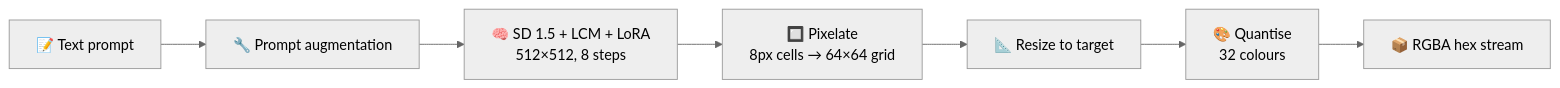
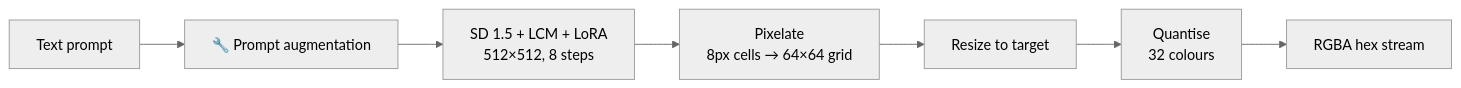
One commit to Azjob21/spritestack-pixelgen changed the diagram in README.md. Above: the diagram before and after it, drawn with Mermaid (neutral theme). The commit also changed other lines of this file, not shown here.

````diff
--- a/README.md
+++ b/README.md
@@ -66,9 +66,9 @@
 ```mermaid
 flowchart LR
-  P["📝 Text prompt"] --> A["🔧 Prompt augmentation"]
-  A --> D["🧠 SD 1.5 + LCM + LoRA<br/>512×512, 8 steps"]
-  D --> X["🔲 Pixelate<br/>8px cells → 64×64 grid"]
-  X --> R["📐 Resize to target"]
-  R --> Q["🎨 Quantise<br/>32 colours"]
-  Q --> H["📦 RGBA hex stream"]
+  P[" Text prompt"] --> A["🔧 Prompt augmentation"]
+  A --> D[" SD 1.5 + LCM + LoRA<br/>512×512, 8 steps"]
+  D --> X[" Pixelate<br/>8px cells → 64×64 grid"]
+  X --> R[" Resize to target"]
+  R --> Q[" Quantise<br/>32 colours"]
+  Q --> H[" RGBA hex stream"]
 ```
````
